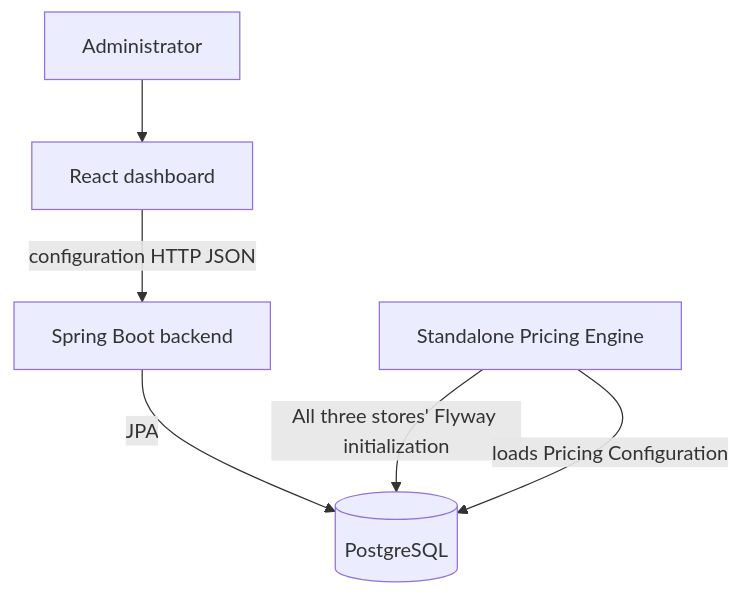
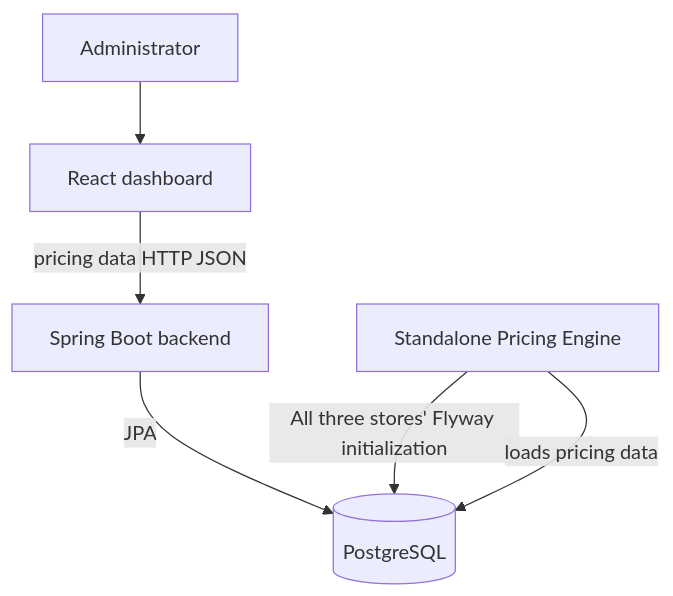
Before and after one commit to DerekThree/pricing-app: the diagram in docs/agents/wiki/00 Home/Project Knowledge Home.md, drawn with Mermaid. The commit also changed other lines of this file and 26 other files, not shown here.

````diff
--- a/docs/agents/wiki/00 Home/Project Knowledge Home.md
+++ b/docs/agents/wiki/00 Home/Project Knowledge Home.md
@@ -39,8 +39,8 @@
 ```mermaid
 flowchart TB
     Admin[Administrator] --> Dashboard[React dashboard]
-    Dashboard -->|configuration HTTP JSON| Backend[Spring Boot backend]
+    Dashboard -->|pricing data HTTP JSON| Backend[Spring Boot backend]
     Backend -->|JPA| PostgreSQL[(PostgreSQL)]
     Engine -->|All three stores' Flyway initialization| PostgreSQL
-    Engine[Standalone Pricing Engine] -->|loads Pricing Configuration| PostgreSQL
+    Engine[Standalone Pricing Engine] -->|loads pricing data| PostgreSQL
 ```
````
